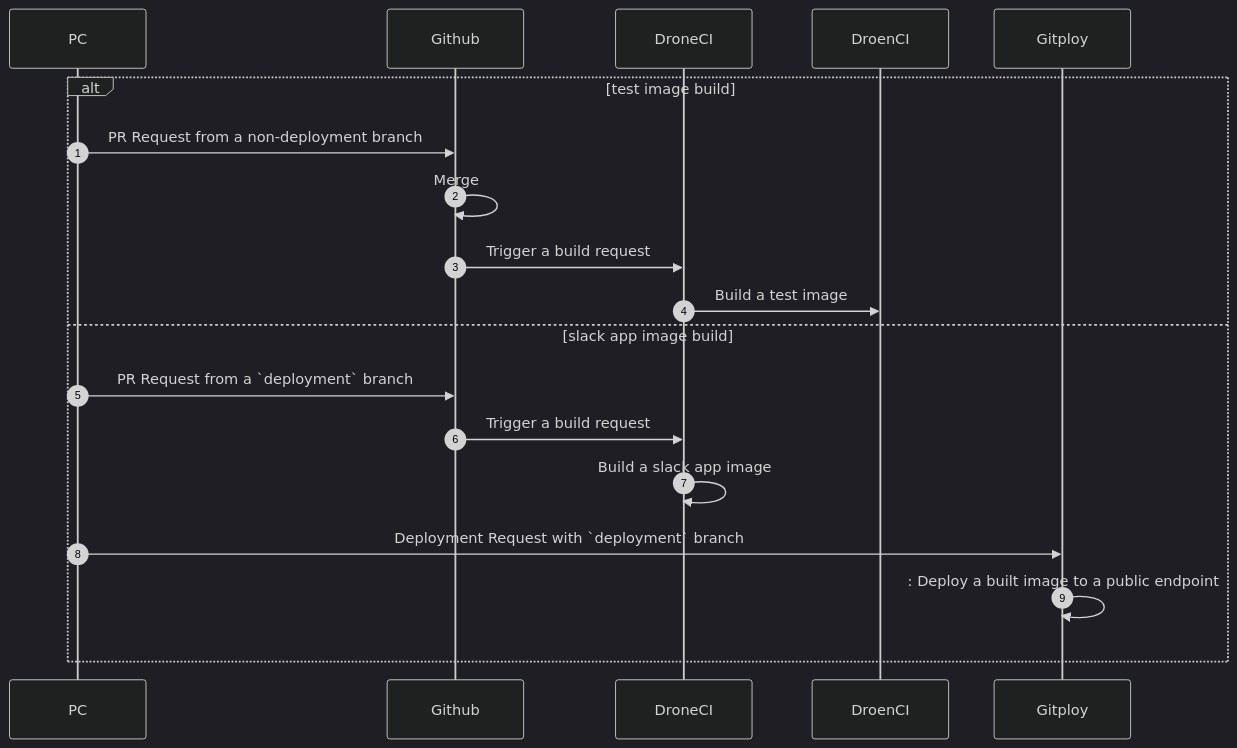
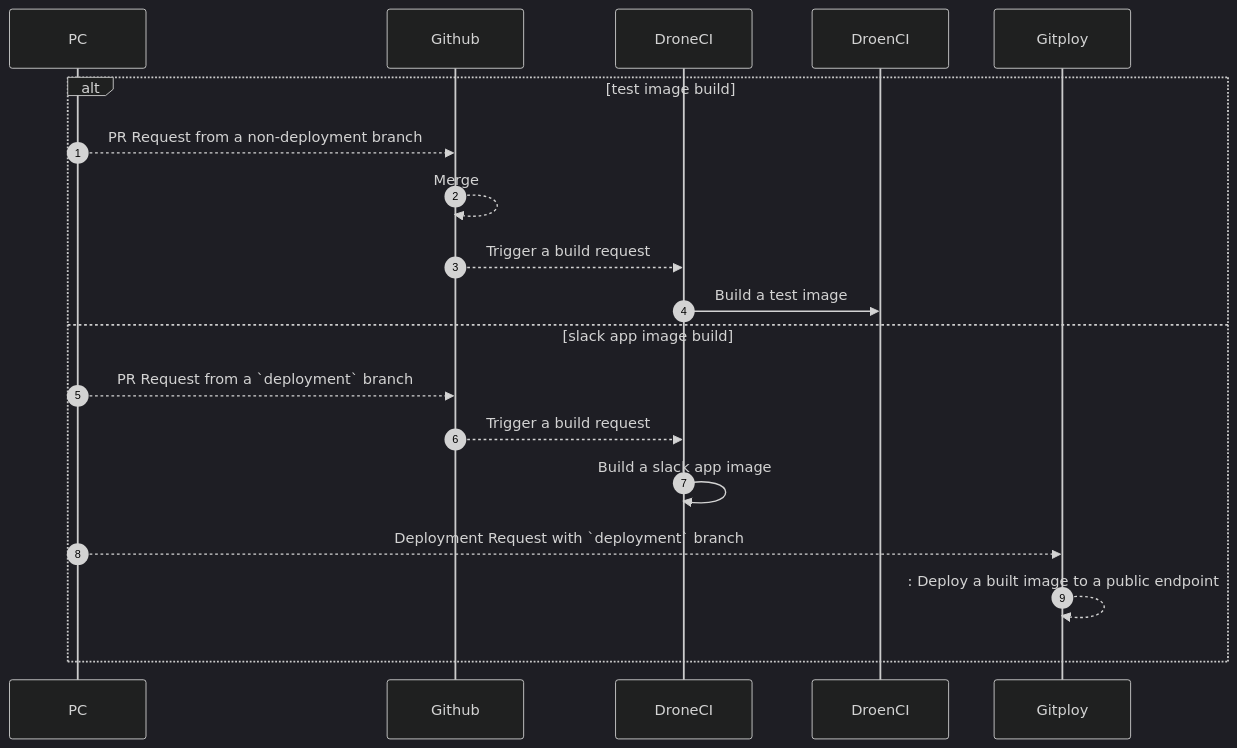
Before and after one commit to bgtestlab/slack-app-test: the second of 2 diagrams in README.md, drawn with Mermaid (dark theme).

````diff
--- a/README.md
+++ b/README.md
@@ -23,16 +23,16 @@
 ```mermaid
 sequenceDiagram
     autonumber
     alt test image build
-    PC->>Github: PR Request from a non-deployment branch
-    Github->>Github: Merge
-    Github->>DroneCI: Trigger a build request
+    PC-->>Github: PR Request from a non-deployment branch
+    Github-->>Github: Merge
+    Github-->>DroneCI: Trigger a build request
     DroneCI->>DroenCI: Build a test image
     else slack app image build
-    PC->>Github: PR Request from a `deployment` branch
-    Github->>DroneCI: Trigger a build request
+    PC-->>Github: PR Request from a `deployment` branch
+    Github-->>DroneCI: Trigger a build request
     DroneCI->>DroneCI: Build a slack app image
-    PC->>Gitploy: Deployment Request with `deployment` branch
-    Gitploy->>Gitploy:: Deploy a built image to a public endpoint
+    PC-->>Gitploy: Deployment Request with `deployment` branch
+    Gitploy-->>Gitploy:: Deploy a built image to a public endpoint
     end
 ```
````
